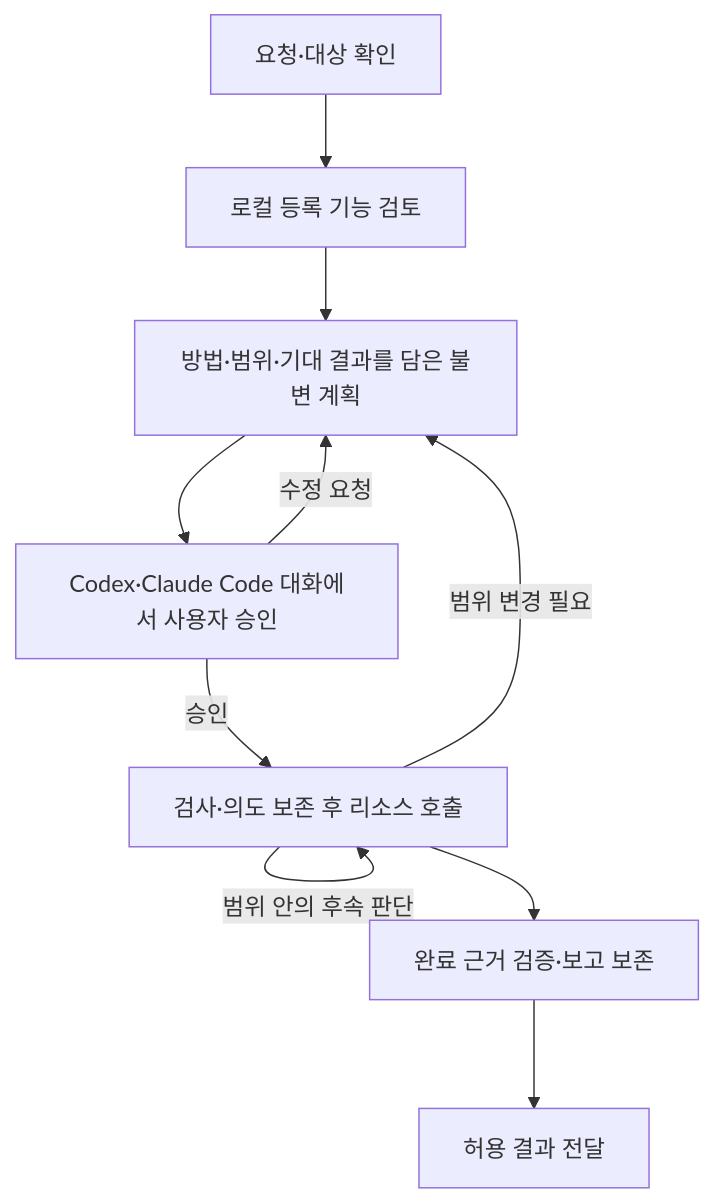
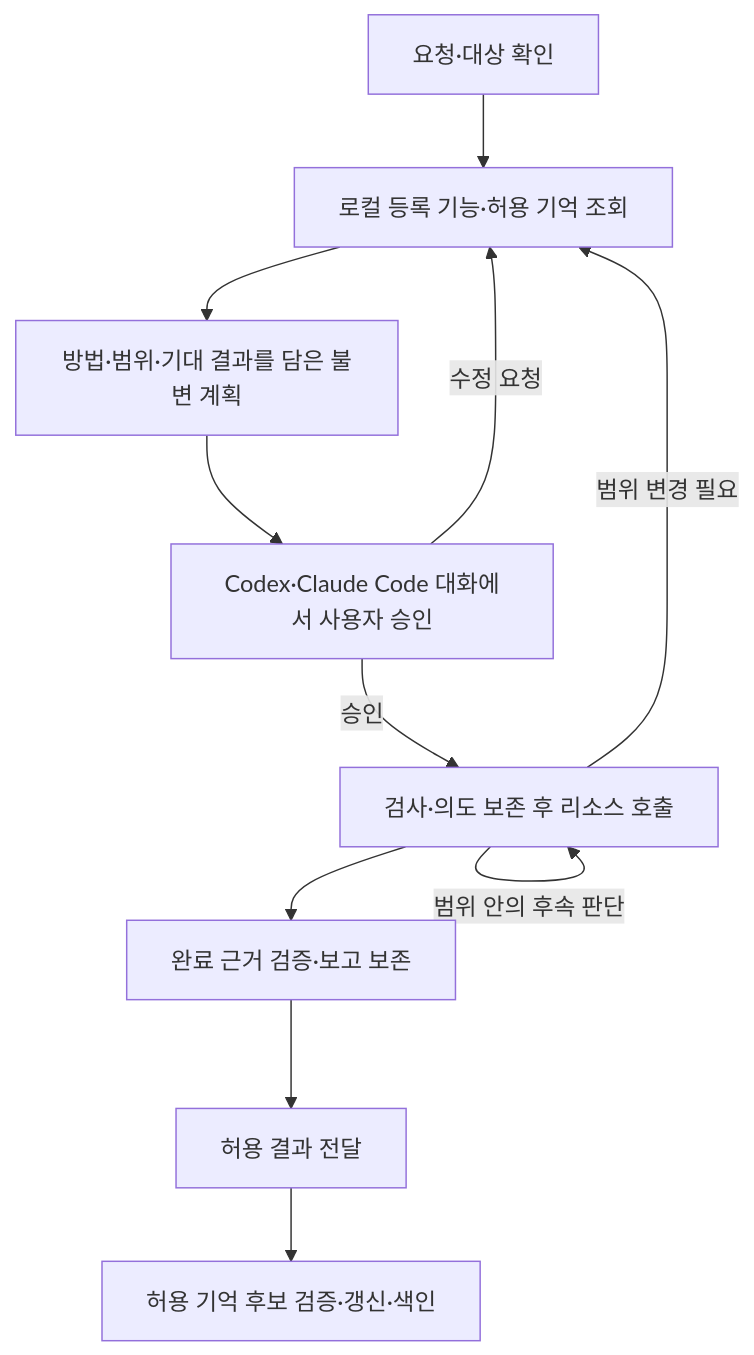
One commit to VVoodyHong/DAERI changed the diagram in docs/spec/tasks/workflow.md. Above: the diagram before and after it, drawn with Mermaid. The commit also changed other lines of this file and 15 other files, not shown here.

````diff
--- a/docs/spec/tasks/workflow.md
+++ b/docs/spec/tasks/workflow.md
@@ -15,12 +17,13 @@
 ```mermaid
 flowchart TD
-    A[요청·대상 확인] --> B[로컬 등록 기능 검토]
+    A[요청·대상 확인] --> B[로컬 등록 기능·허용 기억 조회]
     B --> C[방법·범위·기대 결과를 담은 불변 계획]
     C --> D[Codex·Claude Code 대화에서 사용자 승인]
     D -->|승인| E[검사·의도 보존 후 리소스 호출]
-    D -->|수정 요청| C
+    D -->|수정 요청| B
     E -->|범위 안의 후속 판단| E
-    E -->|범위 변경 필요| C
+    E -->|범위 변경 필요| B
     E --> F[완료 근거 검증·보고 보존]
     F --> G[허용 결과 전달]
+    G --> H[허용 기억 후보 검증·갱신·색인]
 ```
````
